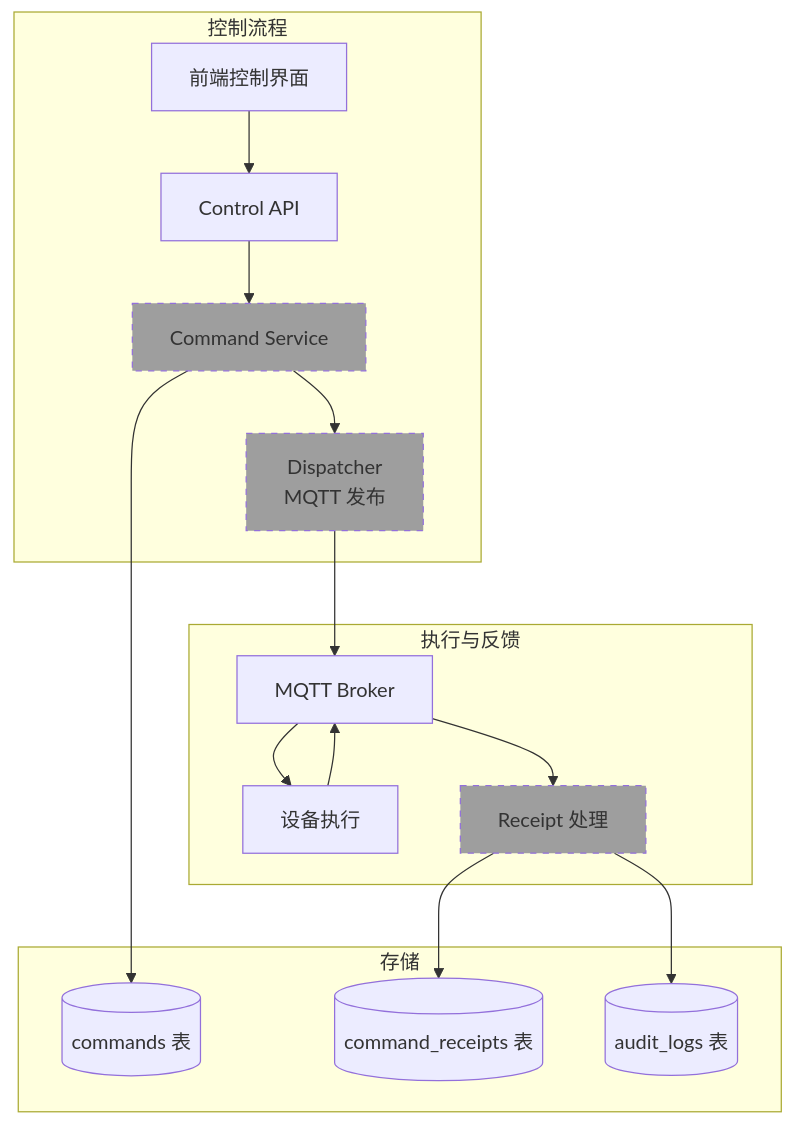
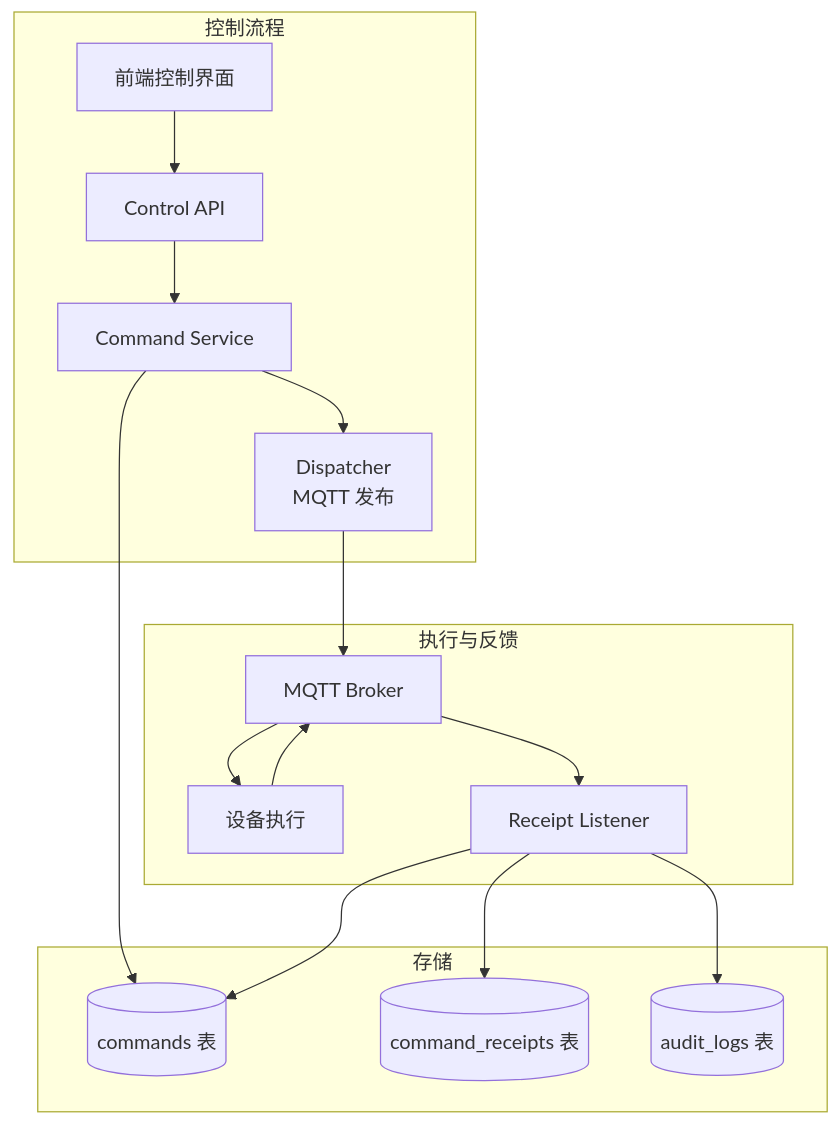
Before and after one commit to zw834675966/ems: diagram 14 of 15 in PROJECT_FLOW_DIAGRAMS.md, drawn with Mermaid. The commit also changed other lines of this file and 129 other files, not shown here.

````diff
--- a/PROJECT_FLOW_DIAGRAMS.md
+++ b/PROJECT_FLOW_DIAGRAMS.md
@@ -579,36 +585,34 @@
 ```mermaid
 graph TB
     subgraph "控制流程"
         UI[前端控制界面]
         API[Control API]
         CMD[Command Service]
         DISP[Dispatcher<br/>MQTT 发布]
     end
 
     subgraph "执行与反馈"
         DEV[设备执行]
         MQTT[MQTT Broker]
-        RCP[Receipt 处理]
+        RCL[Receipt Listener]
     end
 
     subgraph "存储"
         CMDT[(commands 表)]
         RCTT[(command_receipts 表)]
         ADT[(audit_logs 表)]
     end
 
     UI --> API
     API --> CMD
     CMD --> CMDT
     CMD --> DISP
     DISP --> MQTT
     MQTT --> DEV
     DEV --> MQTT
-    MQTT --> RCP
-    RCP --> RCTT
-    RCP --> ADT
-
-    style CMD fill:#9e9e9e,stroke-dasharray: 5 5
-    style DISP fill:#9e9e9e,stroke-dasharray: 5 5
-    style RCP fill:#9e9e9e,stroke-dasharray: 5 5
+    MQTT --> RCL
+    RCL --> RCTT
+    RCL --> ADT
+    RCL --> CMDT
+    
 ```
````
